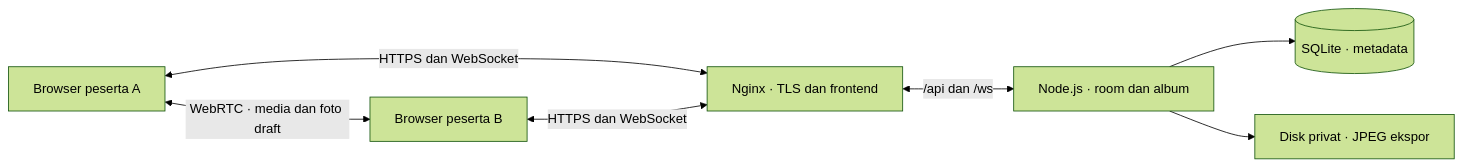
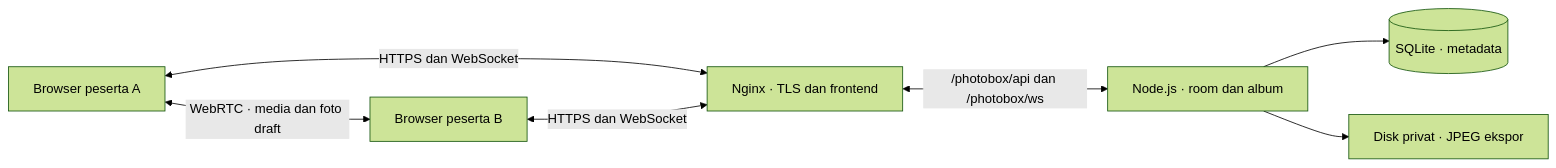
The diagram in README.md (DapuntaRatya/PhotoboxWeb), drawn with Mermaid (forest theme) before and after one commit. The commit also changed other lines of this file and 20 other files, not shown here.

```diff
--- a/README.md
+++ b/README.md
@@ -65,9 +65,9 @@
 ~~~mermaid
 flowchart LR
     A["Browser peserta A"] <-->|"WebRTC · media dan foto draft"| B["Browser peserta B"]
     A <-->|"HTTPS dan WebSocket"| N["Nginx · TLS dan frontend"]
     B <-->|"HTTPS dan WebSocket"| N
-    N <-->|"/api dan /ws"| S["Node.js · room dan album"]
+    N <-->|"/photobox/api dan /photobox/ws"| S["Node.js · room dan album"]
     S --> D[("SQLite · metadata")]
     S --> F["Disk privat · JPEG ekspor"]
 ~~~
```
